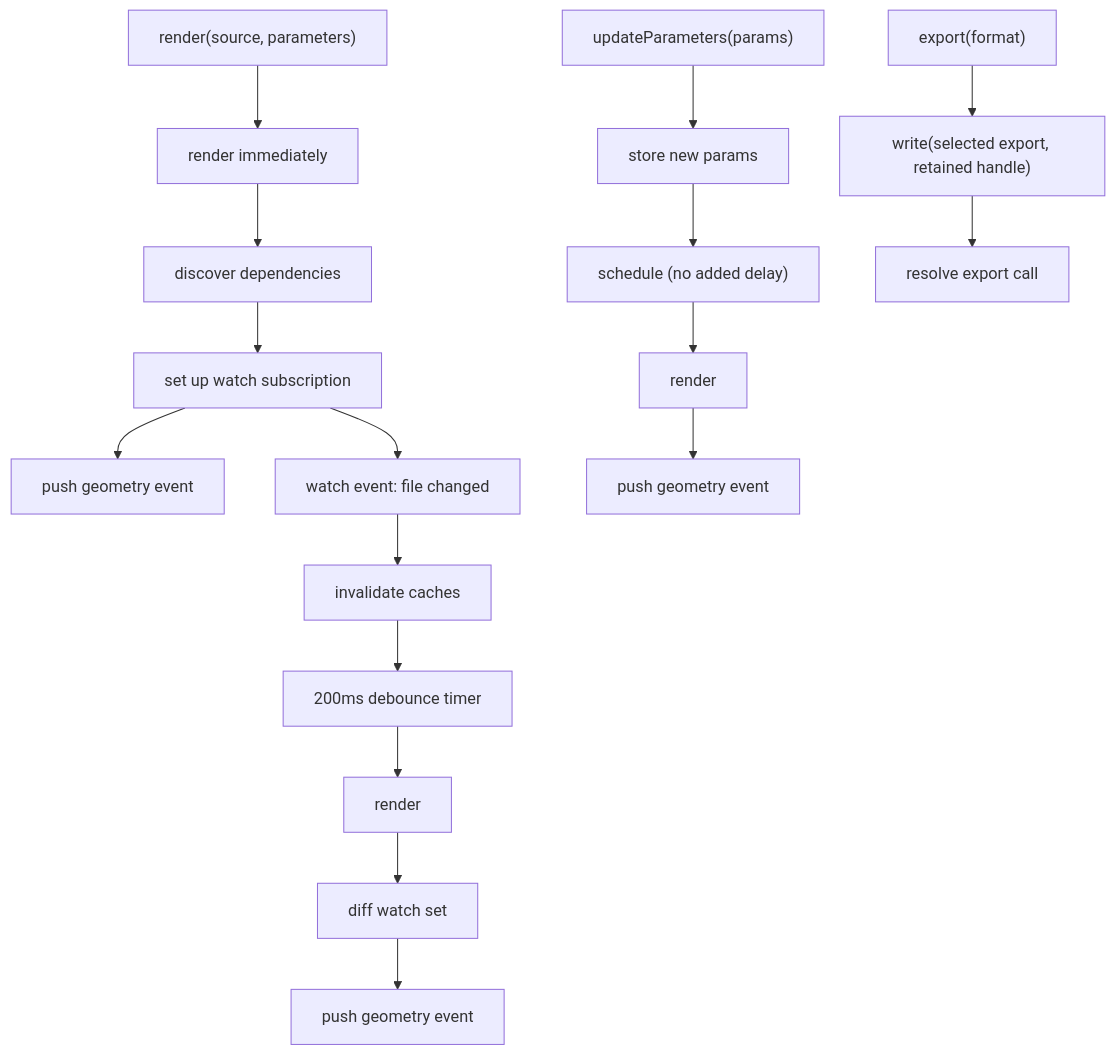
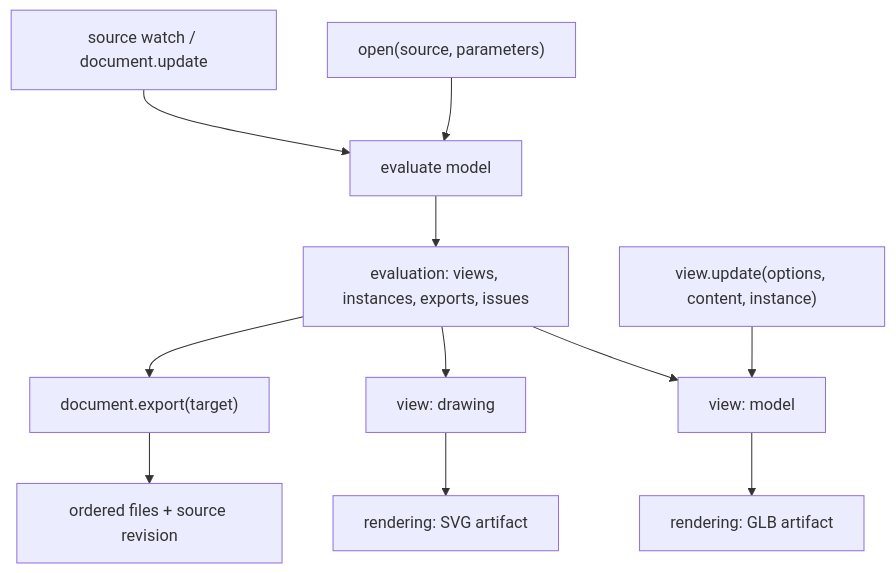
The diagram in apps/docs/content/docs/runtime/concepts/render-lifecycle.mdx (taucad/tau), drawn with Mermaid before and after one commit. The commit also changed other lines of this file and 29 other files, not shown here.

Commit message:
docs(docs): Document the typed document and view API

````diff
--- a/apps/docs/content/docs/runtime/concepts/render-lifecycle.mdx
+++ b/apps/docs/content/docs/runtime/concepts/render-lifecycle.mdx
@@ -18,22 +12,13 @@
 ```mermaid
 flowchart TD
-    Render["render(source, parameters)"] --> Render1["render immediately"]
-    Render1 --> Deps["discover dependencies"]
-    Deps --> Watch["set up watch subscription"]
-    Watch --> Push1["push geometry event"]
-
-    Watch --> FileChange["watch event: file changed"]
-    FileChange --> Invalidate["invalidate caches"]
-    Invalidate --> Debounce200["200ms debounce timer"]
-    Debounce200 --> Render2["render"]
-    Render2 --> DiffWatch["diff watch set"]
-    DiffWatch --> Push2["push geometry event"]
-
-    UpdateParams["updateParameters(params)"] --> StoreParams["store new params"]
-    StoreParams --> Immediate["schedule (no added delay)"]
-    Immediate --> Render3["render"]
-    Render3 --> Push3["push geometry event"]
-
-    Export["export(format)"] --> Write["write(selected export, retained handle)"]
-    Write --> Resolve["resolve export call"]
+    Source["open(source, parameters)"] --> Evaluation["evaluate model"]
+    Changes["source watch / document.update"] --> Evaluation
+    Evaluation --> Offers["evaluation: views, instances, exports, issues"]
+    Offers --> Model["view: model"]
+    Offers --> Drawing["view: drawing"]
+    Model --> ModelArtifact["rendering: GLB artifact"]
+    Drawing --> DrawingArtifact["rendering: SVG artifact"]
+    Offers --> Export["document.export(target)"]
+    Export --> Files["ordered files + source revision"]
+    ViewUpdate["view.update(options, content, instance)"] --> Model
 ```
````
